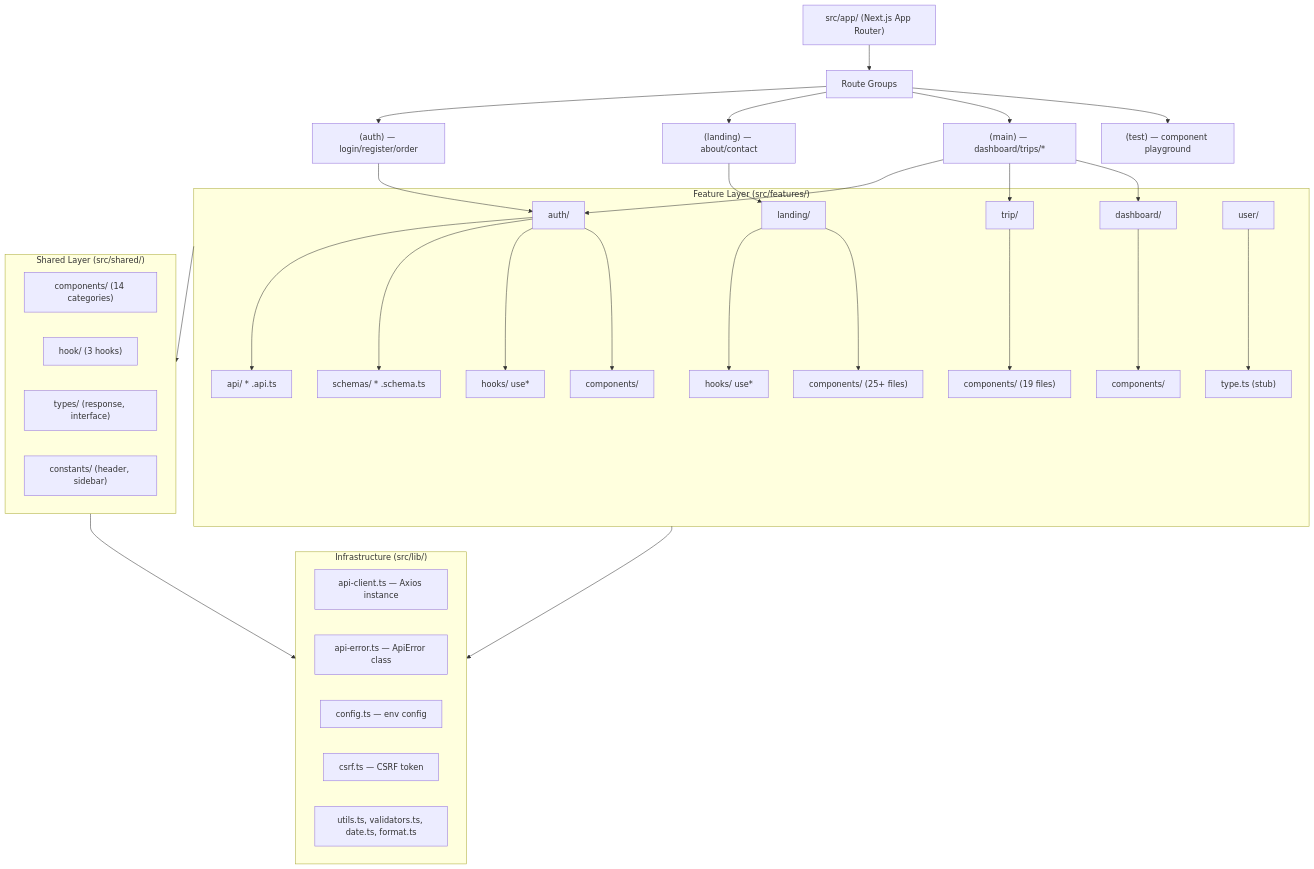
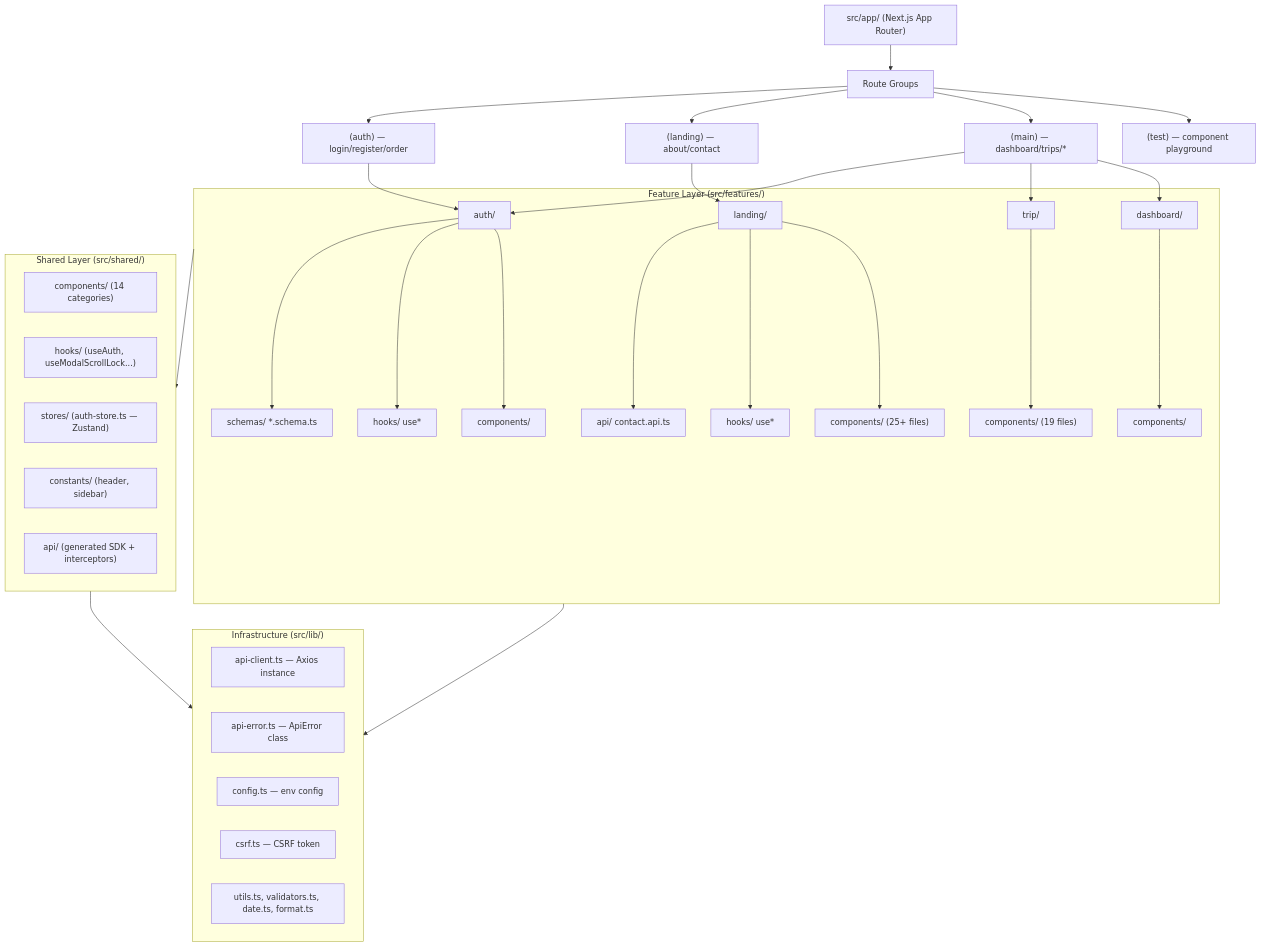
The first of 2 diagrams in docs/architecture/ARCHITECTURE.md (TNP-Travel-Now-Project/tnp-ui-web), drawn with Mermaid before and after one commit. The commit also changed other lines of this file and 11 other files, not shown here.

````diff
--- a/docs/architecture/ARCHITECTURE.md
+++ b/docs/architecture/ARCHITECTURE.md
@@ -11,44 +11,44 @@
 ```mermaid
 graph TD
     App["src/app/ (Next.js App Router)"] --> RG["Route Groups"]
     RG --> A["(auth) — login/register/order"]
     RG --> L["(landing) — about/contact"]
     RG --> M["(main) — dashboard/trips/*"]
     RG --> T["(test) — component playground"]
     
     subgraph F["Feature Layer (src/features/)"]
-        AF["auth/"] --> AFAPI["api/ * .api.ts"]
-        AF --> AFSCHEMA["schemas/ * .schema.ts"]
+        AF["auth/"] --> AFSCHEMA["schemas/ *.schema.ts"]
         AF --> AFHOOK["hooks/ use*"]
         AF --> AFCOMP["components/"]
-        LF["landing/"] --> LFHOOK["hooks/ use*"]
+        LF["landing/"] --> LFAPI["api/ contact.api.ts"]
+        LF --> LFHOOK["hooks/ use*"]
         LF --> LFCOMP["components/ (25+ files)"]
         TF["trip/"] --> TFCOMP["components/ (19 files)"]
         DF["dashboard/"] --> DFCOMP["components/"]
-        UF["user/"] --> UFTYPE["type.ts (stub)"]
     end
 
     subgraph S["Shared Layer (src/shared/)"]
         SC["components/ (14 categories)"]
-        SH["hook/ (3 hooks)"]
-        ST["types/ (response, interface)"]
+        SH["hooks/ (useAuth, useModalScrollLock...)"]
+        SS["stores/ (auth-store.ts — Zustand)"]
         SK["constants/ (header, sidebar)"]
+        SA["api/ (generated SDK + interceptors)"]
     end
 
     subgraph I["Infrastructure (src/lib/)"]
         API["api-client.ts — Axios instance"]
         ERR["api-error.ts — ApiError class"]
         CFG["config.ts — env config"]
         CSRF["csrf.ts — CSRF token"]
         UTIL["utils.ts, validators.ts, date.ts, format.ts"]
     end
 
     M --> AF
     M --> TF
     M --> DF
     A --> AF
     L --> LF
     F --> S
     F --> I
     S --> I
 ```
````
